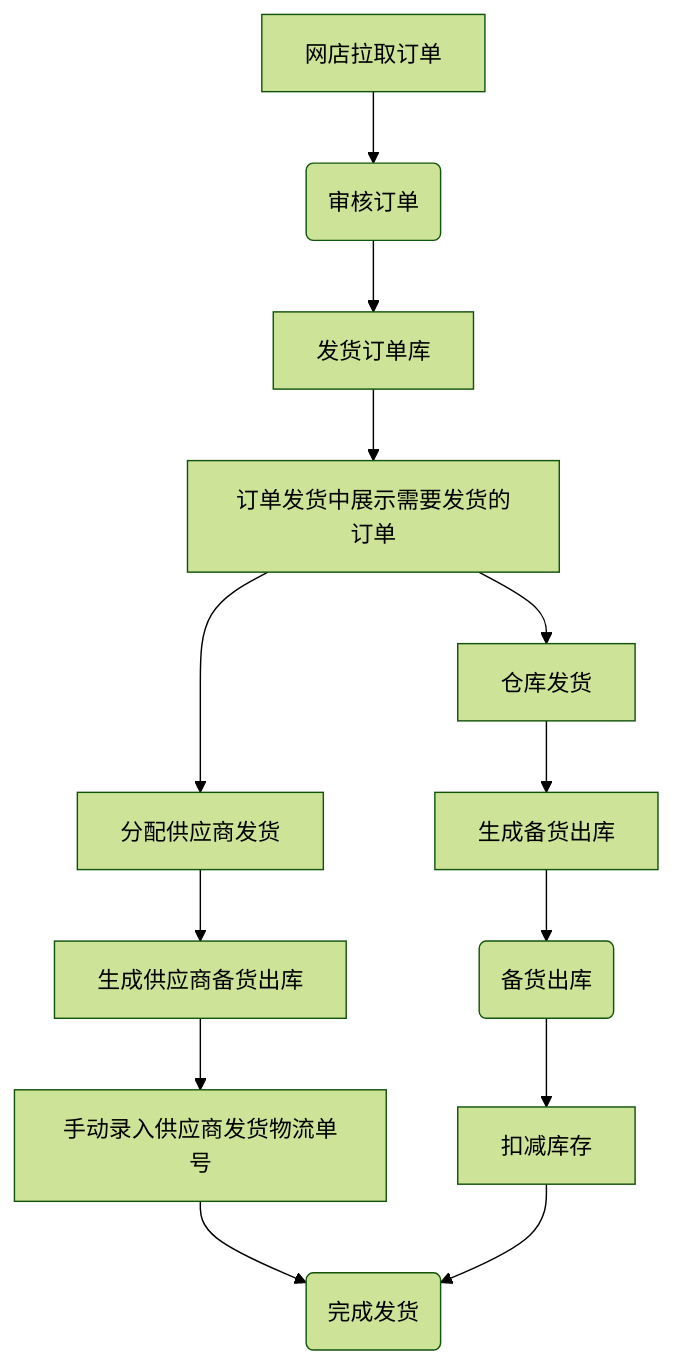
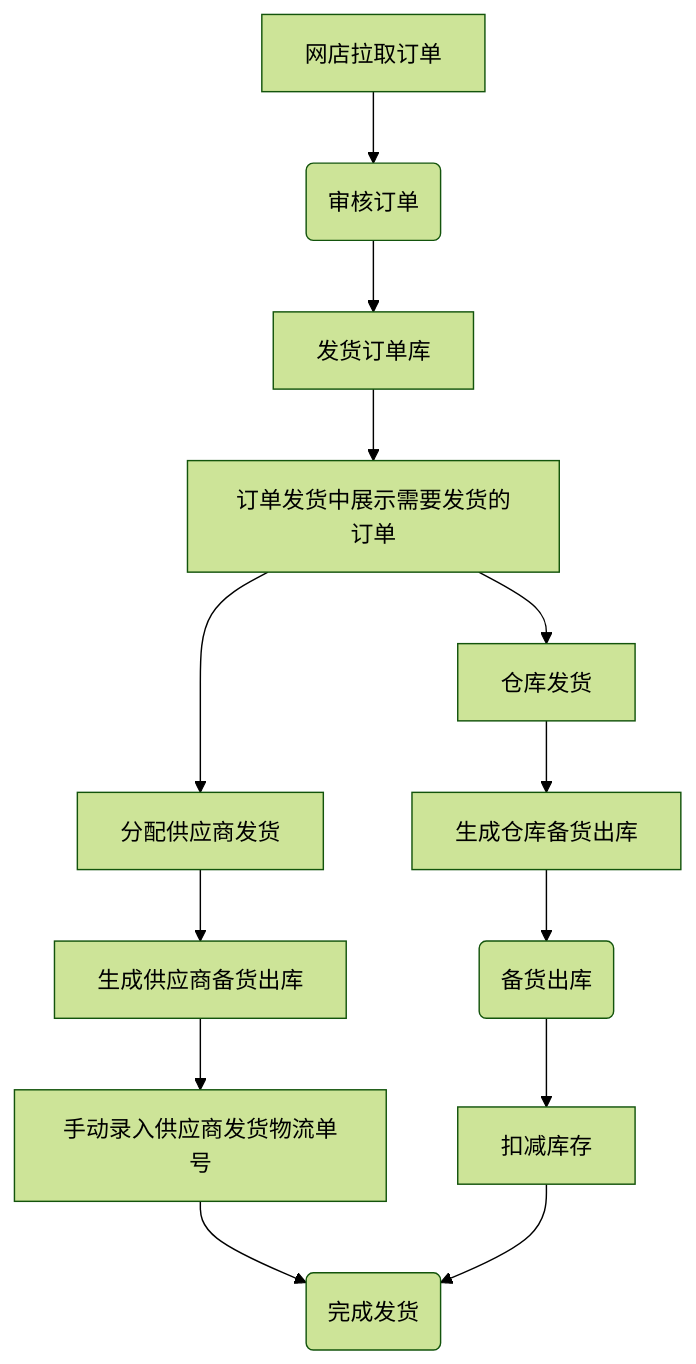
Before and after one commit to zeasin/qihang-oms: the first of 4 diagrams in README.md, drawn with Mermaid (forest theme). The commit also changed other lines of this file, not shown here.

````diff
--- a/README.md
+++ b/README.md
@@ -89,16 +89,16 @@
 ```mermaid
 graph TD
 A[网店拉取订单] -->B(审核订单)
     B --> C[发货订单库]
     C --> C1[订单发货中展示需要发货的订单]
     C1 --> D[仓库发货]
     C1 --> E[分配供应商发货]
-    D --> D1[生成备货出库]
+    D --> D1[生成仓库备货出库]
     D1 --> F(备货出库)
     F --> F1[扣减库存]
     E --> E1[生成供应商备货出库]
     E1 --> E2[手动录入供应商发货物流单号]
     E2 --> H(完成发货)
     F1 --> H
 
 ```
````
